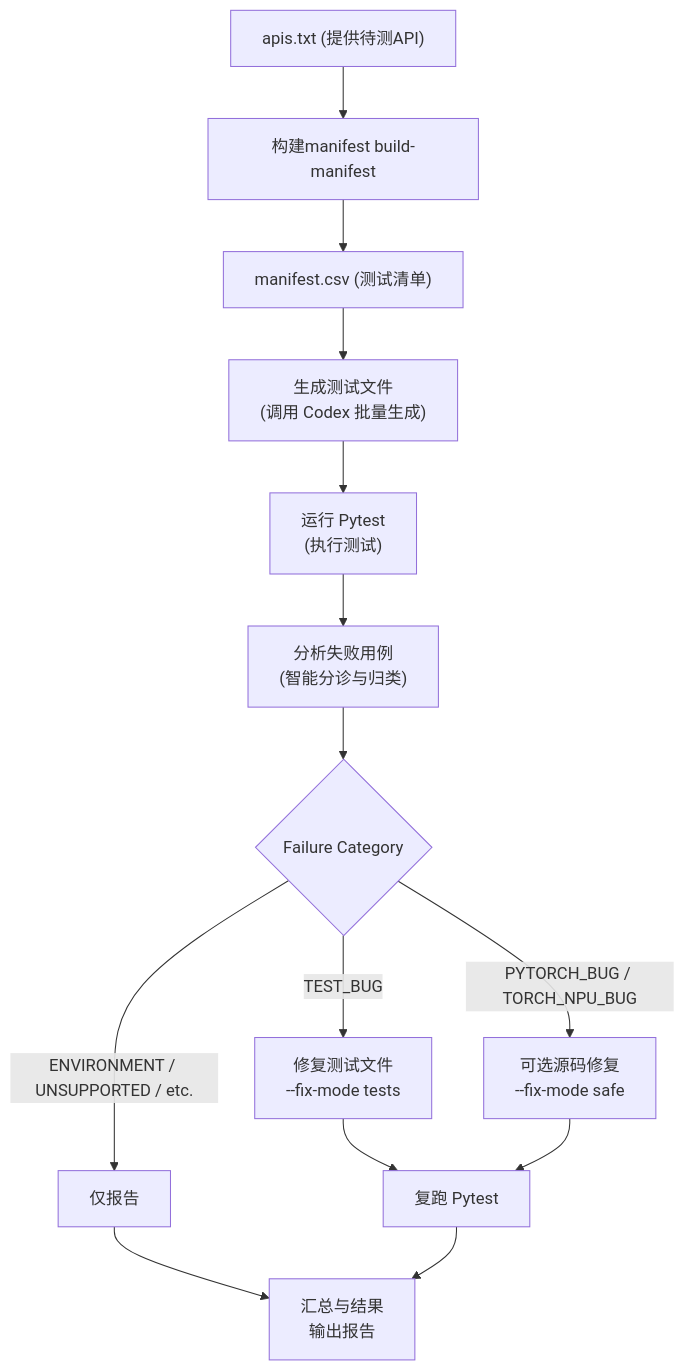
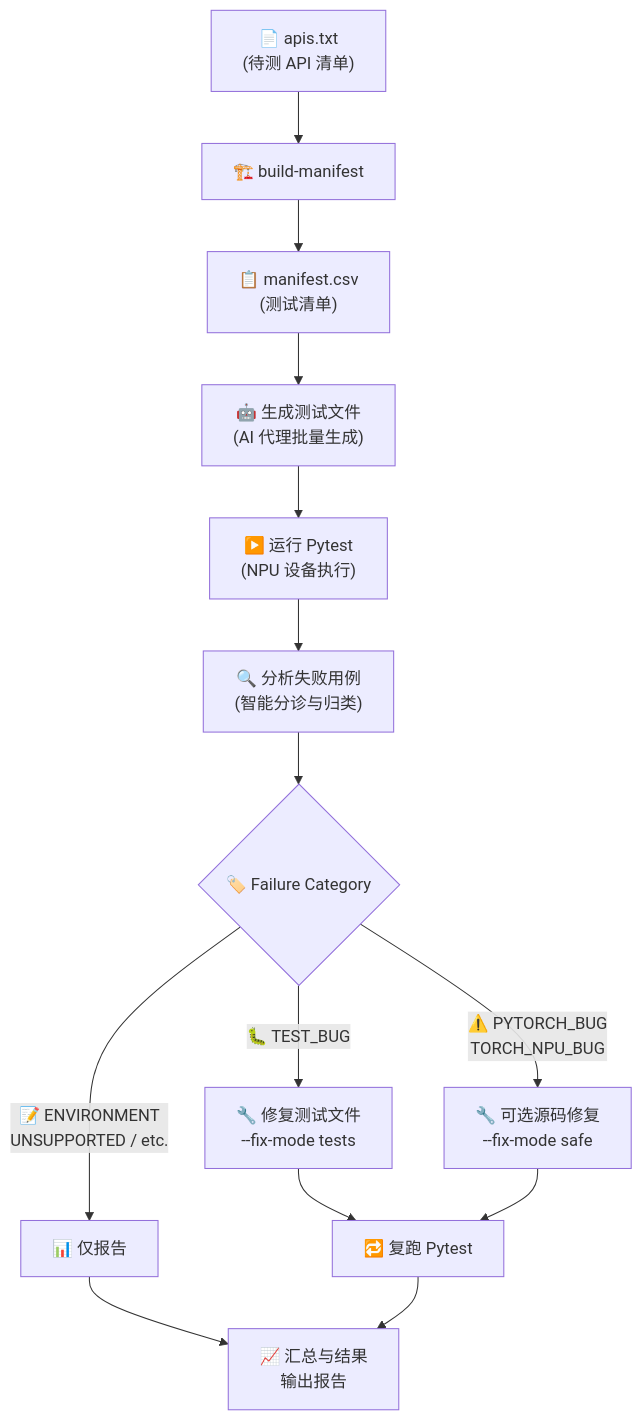
One commit to Coderzhui/pta_testcase changed the diagram in README.md. Above: the diagram before and after it, drawn with Mermaid. The commit also changed other lines of this file and 13 other files, not shown here.

````diff
--- a/README.md
+++ b/README.md
@@ -18,16 +47,16 @@
 ```mermaid
 flowchart TD
-    A["apis.txt (提供待测API)"] --> B["构建manifest build-manifest"]
-    B --> C["manifest.csv (测试清单)"]
-    C --> D["生成测试文件<br/>(调用 Codex 批量生成)"]
-    D --> E["运行 Pytest<br/>(执行测试)"]
-    E --> F["分析失败用例<br/>(智能分诊与归类)"]
-    F --> G{Failure Category}
-    G -->|TEST_BUG| H["修复测试文件<br/>--fix-mode tests"]
-    G -->|PYTORCH_BUG / TORCH_NPU_BUG| I["可选源码修复<br/>--fix-mode safe"]
-    G -->|ENVIRONMENT / UNSUPPORTED / etc.| J["仅报告"]
-    H --> K["复跑 Pytest"]
+    A["📄 apis.txt<br/>(待测 API 清单)"] --> B["🏗️ build-manifest"]
+    B --> C["📋 manifest.csv<br/>(测试清单)"]
+    C --> D["🤖 生成测试文件<br/>(AI 代理批量生成)"]
+    D --> E["▶️ 运行 Pytest<br/>(NPU 设备执行)"]
+    E --> F["🔍 分析失败用例<br/>(智能分诊与归类)"]
+    F --> G{"🏷️ Failure Category"}
+    G -->|"🐛 TEST_BUG"| H["🔧 修复测试文件<br/>--fix-mode tests"]
+    G -->|"⚠️ PYTORCH_BUG<br/>TORCH_NPU_BUG"| I["🔧 可选源码修复<br/>--fix-mode safe"]
+    G -->|"📝 ENVIRONMENT<br/>UNSUPPORTED / etc."| J["📊 仅报告"]
+    H --> K["🔁 复跑 Pytest"]
     I --> K
-    J --> L["汇总与结果<br/>输出报告"]
+    J --> L["📈 汇总与结果<br/>输出报告"]
     K --> L
 ```
````
